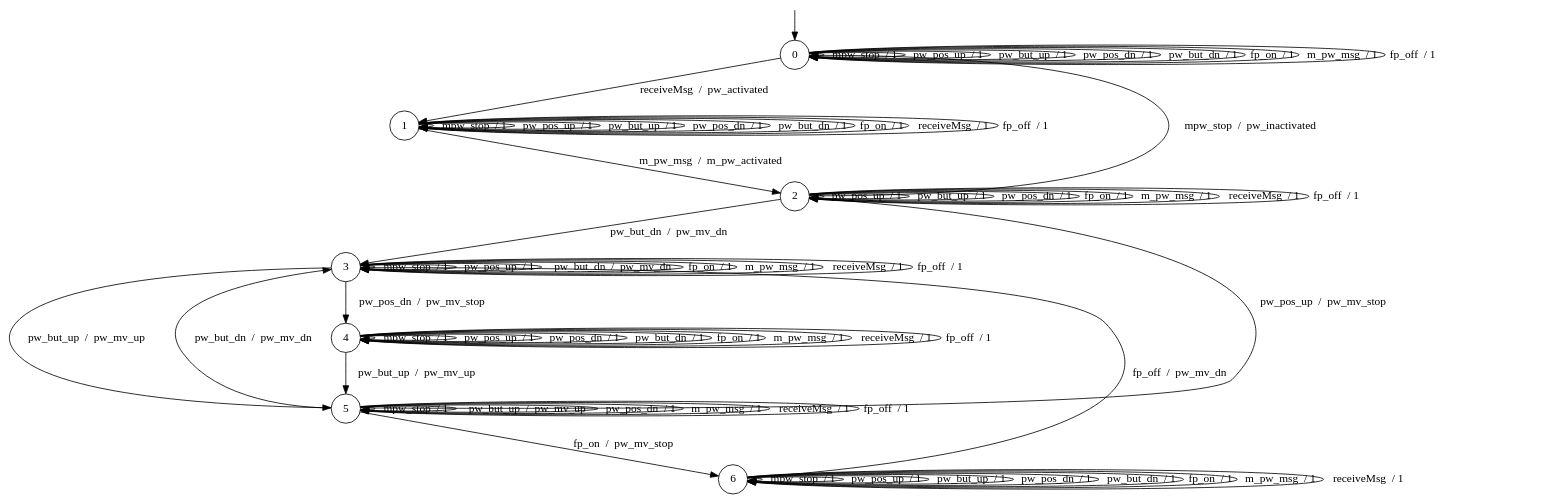
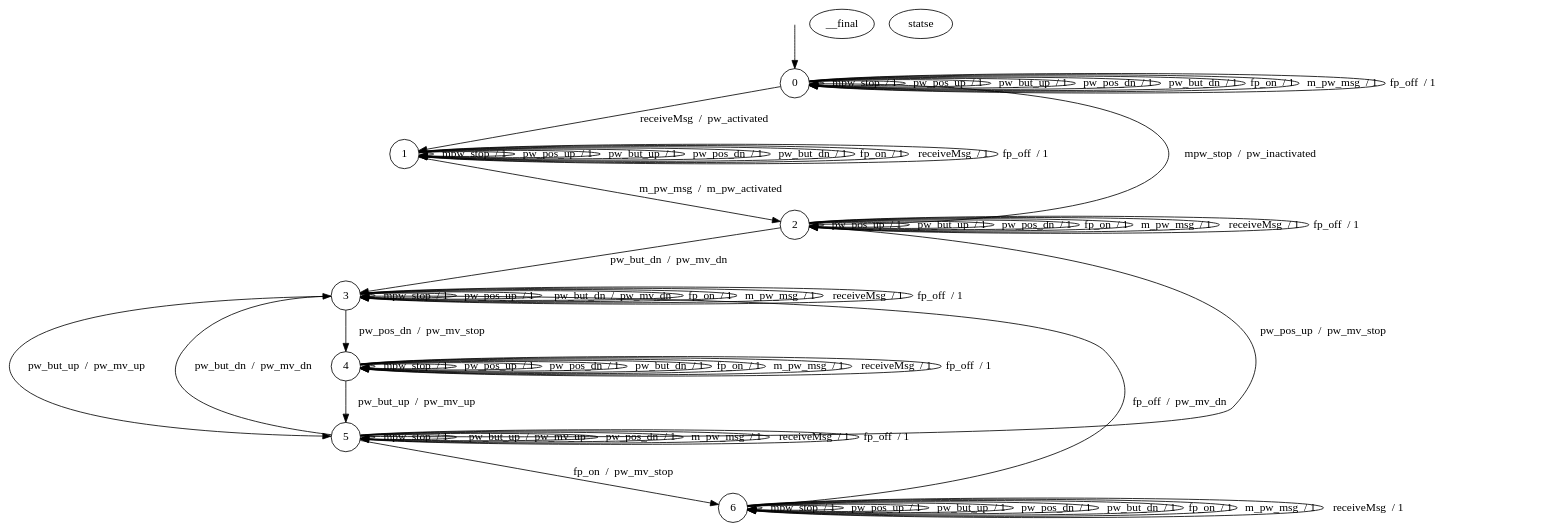
The diagram in Benchmarks/BCS_SPL/Complete_FSM_files/4_1_BCS_MPW.dot (AryanBastani/CL-Star), drawn with Graphviz before and after one commit. The commit also changed 227 other files, not shown here.

```diff
--- a/Benchmarks/BCS_SPL/Complete_FSM_files/4_1_BCS_MPW.dot
+++ b/Benchmarks/BCS_SPL/Complete_FSM_files/4_1_BCS_MPW.dot
@@ -1,77 +1,80 @@
 digraph g {
 
 	s0 [shape="circle" label="0"];
 	s1 [shape="circle" label="1"];
 	s2 [shape="circle" label="2"];
 	s3 [shape="circle" label="3"];
 	s4 [shape="circle" label="4"];
 	s5 [shape="circle" label="5"];
 	s6 [shape="circle" label="6"];
 	s0 -> s0 [label="mpw_stop  / 1"];
 	s0 -> s0 [label="pw_pos_up  / 1"];
 	s0 -> s0 [label="pw_but_up  / 1"];
 	s0 -> s0 [label="pw_pos_dn  / 1"];
 	s0 -> s0 [label="pw_but_dn  / 1"];
 	s0 -> s0 [label="fp_on  / 1"];
 	s0 -> s0 [label="m_pw_msg  / 1"];
 	s0 -> s1 [label="receiveMsg  /  pw_activated"];
 	s0 -> s0 [label="fp_off  / 1"];
 	s1 -> s1 [label="mpw_stop  / 1"];
 	s1 -> s1 [label="pw_pos_up  / 1"];
 	s1 -> s1 [label="pw_but_up  / 1"];
 	s1 -> s1 [label="pw_pos_dn  / 1"];
 	s1 -> s1 [label="pw_but_dn  / 1"];
 	s1 -> s1 [label="fp_on  / 1"];
 	s1 -> s2 [label="m_pw_msg  /  m_pw_activated"];
 	s1 -> s1 [label="receiveMsg  / 1"];
 	s1 -> s1 [label="fp_off  / 1"];
 	s2 -> s0 [label="mpw_stop  /  pw_inactivated"];
 	s2 -> s2 [label="pw_pos_up  / 1"];
 	s2 -> s2 [label="pw_but_up  / 1"];
 	s2 -> s2 [label="pw_pos_dn  / 1"];
 	s2 -> s3 [label="pw_but_dn  /  pw_mv_dn"];
 	s2 -> s2 [label="fp_on  / 1"];
 	s2 -> s2 [label="m_pw_msg  / 1"];
 	s2 -> s2 [label="receiveMsg  / 1"];
 	s2 -> s2 [label="fp_off  / 1"];
 	s3 -> s3 [label="mpw_stop  / 1"];
 	s3 -> s3 [label="pw_pos_up  / 1"];
 	s3 -> s5 [label="pw_but_up  /  pw_mv_up"];
 	s3 -> s4 [label="pw_pos_dn  /  pw_mv_stop"];
 	s3 -> s3 [label="pw_but_dn  /  pw_mv_dn"];
 	s3 -> s3 [label="fp_on  / 1"];
 	s3 -> s3 [label="m_pw_msg  / 1"];
 	s3 -> s3 [label="receiveMsg  / 1"];
 	s3 -> s3 [label="fp_off  / 1"];
 	s4 -> s4 [label="mpw_stop  / 1"];
 	s4 -> s4 [label="pw_pos_up  / 1"];
 	s4 -> s5 [label="pw_but_up  /  pw_mv_up"];
 	s4 -> s4 [label="pw_pos_dn  / 1"];
 	s4 -> s4 [label="pw_but_dn  / 1"];
 	s4 -> s4 [label="fp_on  / 1"];
 	s4 -> s4 [label="m_pw_msg  / 1"];
 	s4 -> s4 [label="receiveMsg  / 1"];
 	s4 -> s4 [label="fp_off  / 1"];
 	s5 -> s5 [label="mpw_stop  / 1"];
 	s5 -> s2 [label="pw_pos_up  /  pw_mv_stop"];
 	s5 -> s5 [label="pw_but_up  /  pw_mv_up"];
 	s5 -> s5 [label="pw_pos_dn  / 1"];
 	s5 -> s3 [label="pw_but_dn  /  pw_mv_dn"];
 	s5 -> s6 [label="fp_on  /  pw_mv_stop"];
 	s5 -> s5 [label="m_pw_msg  / 1"];
 	s5 -> s5 [label="receiveMsg  / 1"];
 	s5 -> s5 [label="fp_off  / 1"];
 	s6 -> s6 [label="mpw_stop  / 1"];
 	s6 -> s6 [label="pw_pos_up  / 1"];
 	s6 -> s6 [label="pw_but_up  / 1"];
 	s6 -> s6 [label="pw_pos_dn  / 1"];
 	s6 -> s6 [label="pw_but_dn  / 1"];
 	s6 -> s6 [label="fp_on  / 1"];
 	s6 -> s6 [label="m_pw_msg  / 1"];
 	s6 -> s6 [label="receiveMsg  / 1"];
 	s6 -> s3 [label="fp_off  /  pw_mv_dn"];
 
 __start0 [label="" shape="none" width="0" height="0"];
 __start0 -> s0;
+__final statse{
+    s1
 
 }
+}
```
